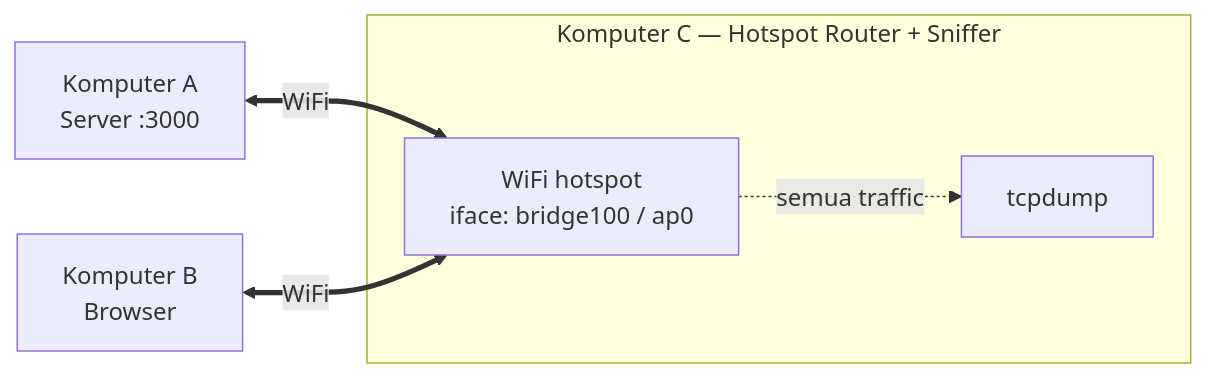
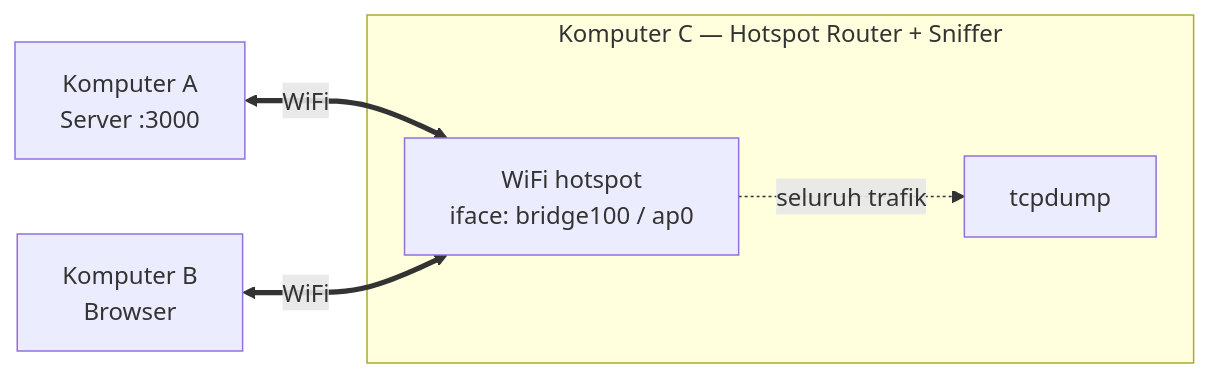
Before and after one commit to endymuhardin/materi-kuliah-jaringan-komputer: the second of 5 diagrams in demo/login-sniffing/README.md, drawn with Mermaid. The commit also changed other lines of this file, not shown here.

````diff
--- a/demo/login-sniffing/README.md
+++ b/demo/login-sniffing/README.md
@@ -95,12 +95,12 @@
 ```mermaid
 flowchart LR
     A["Komputer A<br/>Server :3000"]
     B["Komputer B<br/>Browser"]
     subgraph C["Komputer C — Hotspot Router + Sniffer"]
         hs["WiFi hotspot<br/>iface: bridge100 / ap0"]
         td["tcpdump"]
-        hs -. semua traffic .-> td
+        hs -. seluruh trafik .-> td
     end
     A <== WiFi ==> hs
     B <== WiFi ==> hs
 ```
````
